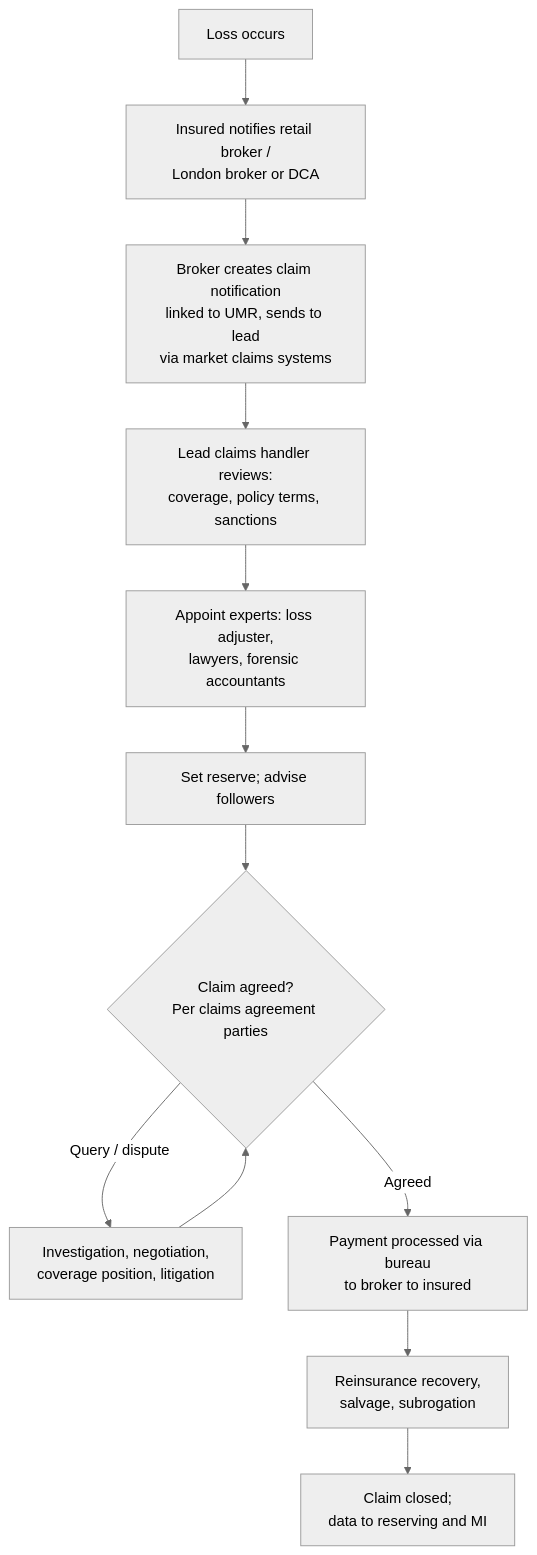
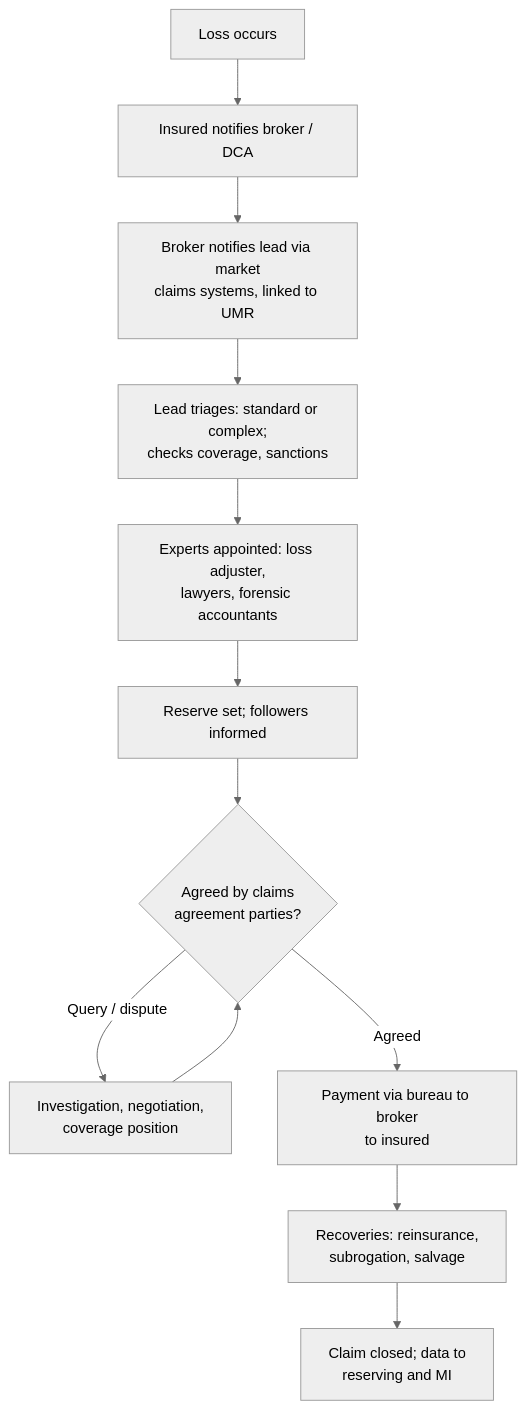
One commit to gazal-gupta/Insurance-Domain changed the second of 3 diagrams in london-market-lloyds-guide/06-Intermediate-Accounting-Settlement-Claims-Reinsurance.md. Above: the diagram before and after it, drawn with Mermaid (neutral theme). The commit also changed other lines of this file and 5 other files, not shown here.

First line of the commit message:
Rewrite chapter 06 in full detail and update claims lead arrangements

````diff
--- a/london-market-lloyds-guide/06-Intermediate-Accounting-Settlement-Claims-Reinsurance.md
+++ b/london-market-lloyds-guide/06-Intermediate-Accounting-Settlement-Claims-Reinsurance.md
@@ -93,14 +136,14 @@
 ```mermaid
 flowchart TB
-  A[Loss occurs] --> B[Insured notifies retail broker /<br/>London broker or DCA]
-  B --> C[Broker creates claim notification<br/>linked to UMR, sends to lead<br/>via market claims systems]
-  C --> D[Lead claims handler reviews:<br/>coverage, policy terms, sanctions]
-  D --> E[Appoint experts: loss adjuster,<br/>lawyers, forensic accountants]
-  E --> F[Set reserve; advise followers]
-  F --> G{Claim agreed?<br/>Per claims agreement parties}
-  G -- Query / dispute --> H[Investigation, negotiation,<br/>coverage position, litigation]
+  A[Loss occurs] --> B[Insured notifies broker / DCA]
+  B --> C[Broker notifies lead via market<br/>claims systems, linked to UMR]
+  C --> D[Lead triages: standard or complex;<br/>checks coverage, sanctions]
+  D --> E[Experts appointed: loss adjuster,<br/>lawyers, forensic accountants]
+  E --> F[Reserve set; followers informed]
+  F --> G{Agreed by claims<br/>agreement parties?}
+  G -- Query / dispute --> H[Investigation, negotiation,<br/>coverage position]
   H --> G
-  G -- Agreed --> I[Payment processed via bureau<br/>to broker to insured]
-  I --> J[Reinsurance recovery,<br/>salvage, subrogation]
-  J --> K[Claim closed;<br/>data to reserving and MI]
+  G -- Agreed --> I[Payment via bureau to broker<br/>to insured]
+  I --> J[Recoveries: reinsurance,<br/>subrogation, salvage]
+  J --> K[Claim closed; data to<br/>reserving and MI]
 ```
````
